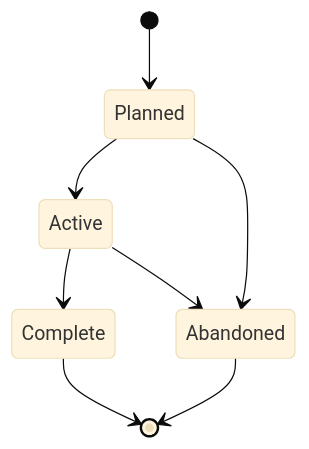
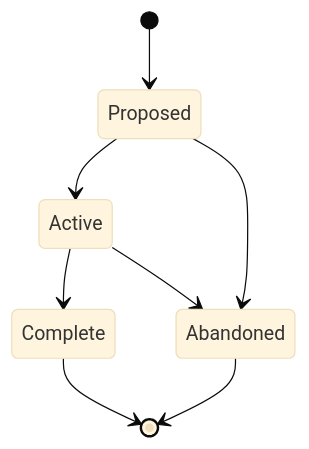
Before and after one commit to cristoslc/202602-workstation: the diagram in .agents/skills/swain-design/references/spike-definition.md, drawn with Mermaid (base theme). The commit also changed other lines of this file and 139 other files, not shown here.

````diff
--- a/.agents/skills/swain-design/references/spike-definition.md
+++ b/.agents/skills/swain-design/references/spike-definition.md
@@ -5,10 +7,10 @@
 ```mermaid
 stateDiagram-v2
-    [*] --> Planned
-    Planned --> Active
+    [*] --> Proposed
+    Proposed --> Active
     Active --> Complete
     Complete --> [*]
-    Planned --> Abandoned
+    Proposed --> Abandoned
     Active --> Abandoned
     Abandoned --> [*]
 ```
````
